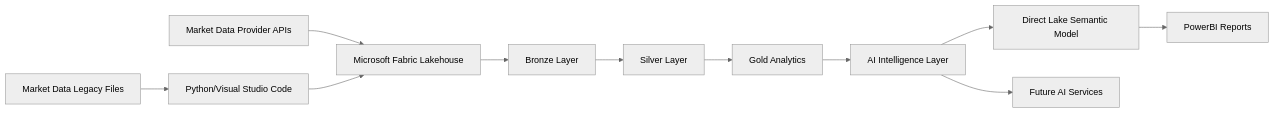
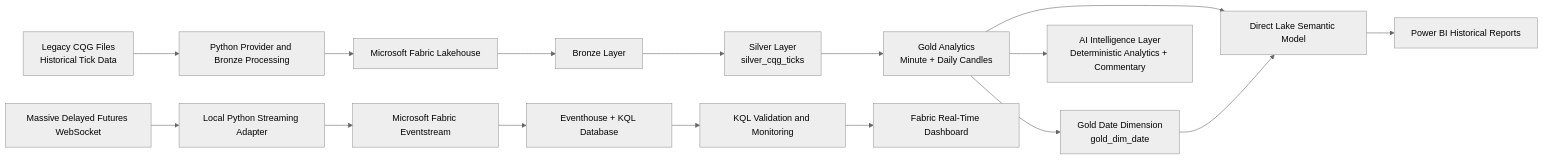
The second of 2 diagrams in README.md (johnmccrae-ukfi/atlas), drawn with Mermaid (neutral theme) before and after one commit. The commit also changed other lines of this file and 4 other files, not shown here.

````diff
--- a/README.md
+++ b/README.md
@@ -117,36 +361,30 @@
 ```mermaid
 flowchart LR
 
-A["Market Data Provider APIs"]
+    A["Legacy CQG Files<br/>Historical Tick Data"]
+    B["Python Provider and Bronze Processing"]
+    C["Microsoft Fabric Lakehouse"]
+    D["Bronze Layer"]
+    E["Silver Layer<br/>silver_cqg_ticks"]
+    F["Gold Analytics<br/>Minute + Daily Candles"]
+    G["Gold Date Dimension<br/>gold_dim_date"]
+    H["Direct Lake Semantic Model"]
+    I["Power BI Historical Reports"]
+    J["AI Intelligence Layer<br/>Deterministic Analytics + Commentary"]
 
-B["Microsoft Fabric Lakehouse"]
+    K["Massive Delayed Futures WebSocket"]
+    L["Local Python Streaming Adapter"]
+    M["Microsoft Fabric Eventstream"]
+    N["Eventhouse + KQL Database"]
+    O["KQL Validation and Monitoring"]
+    P["Fabric Real-Time Dashboard"]
 
-C["Market Data Legacy Files"]
+    A --> B --> C --> D --> E --> F
+    F --> G
+    F --> H
+    G --> H
+    F --> J
+    H --> I
 
-D["Python/Visual Studio Code"]
-
-E["Bronze Layer"]
-
-F["Silver Layer"]
-
-G["Gold Analytics"]
-
-H["AI Intelligence Layer"]
-
-I["Direct Lake Semantic Model"]
-
-J["PowerBI Reports"]
-
-K["Future AI Services"]
-
-A --> B
-C --> D
-D --> B
-B --> E
-E --> F
-F --> G
-G --> H
-H --> I
-H --> K
-I --> J
+    K --> L --> M --> N --> O --> P
 ```
````
